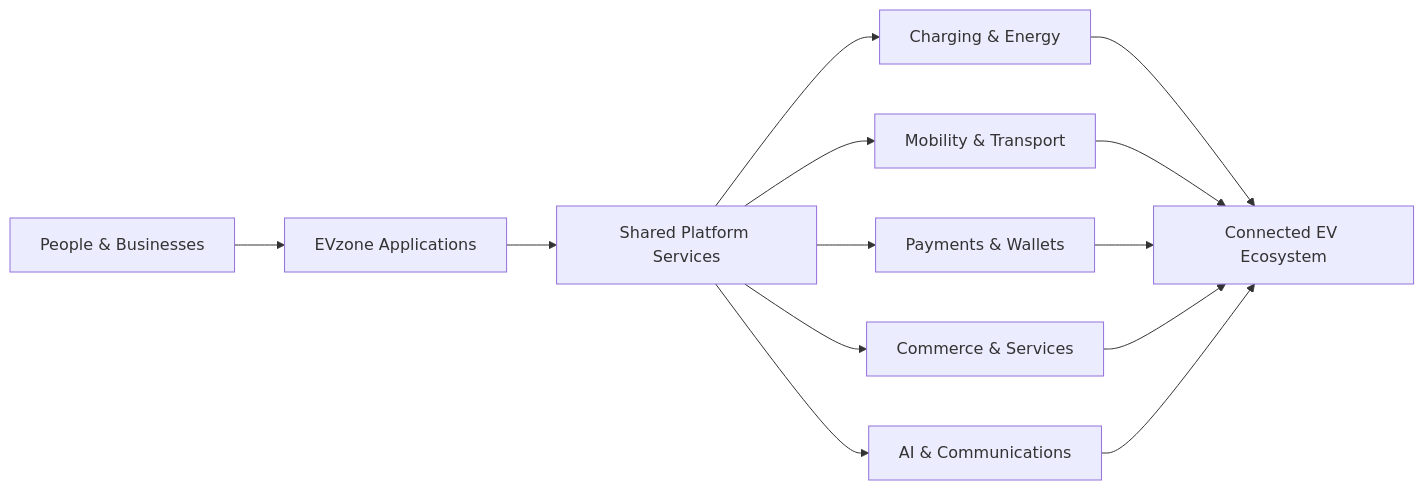
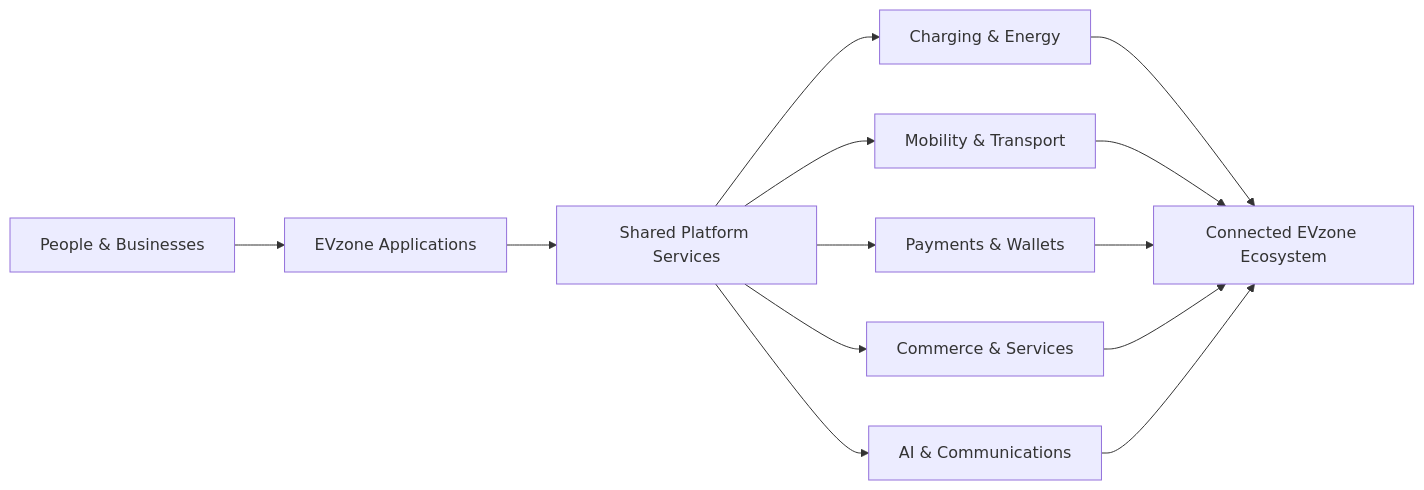
One commit to EVzone-Group-Dev/.github changed the diagram in profile/README.md. Above: the diagram before and after it, drawn with Mermaid. The commit also changed other lines of this file and 3 other files, not shown here.

````diff
--- a/profile/README.md
+++ b/profile/README.md
@@ -42,17 +50,17 @@
 ```mermaid
 flowchart LR
     A[People & Businesses] --> B[EVzone Applications]
     B --> C[Shared Platform Services]
 
     C --> D[Charging & Energy]
     C --> E[Mobility & Transport]
     C --> F[Payments & Wallets]
     C --> G[Commerce & Services]
     C --> H[AI & Communications]
 
-    D --> I[Connected EV Ecosystem]
+    D --> I[Connected EVzone Ecosystem]
     E --> I
     F --> I
     G --> I
     H --> I
 ```
````
